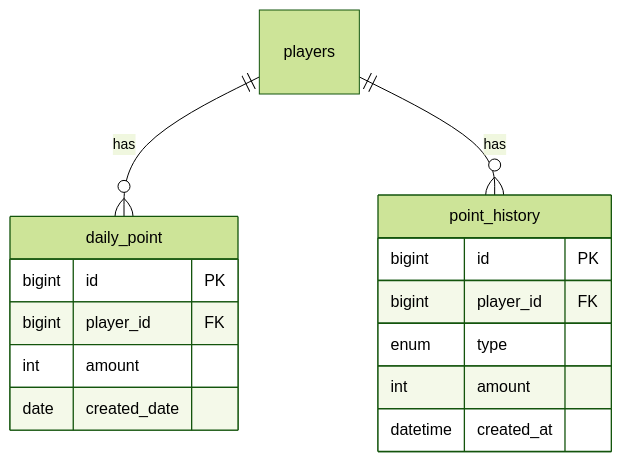
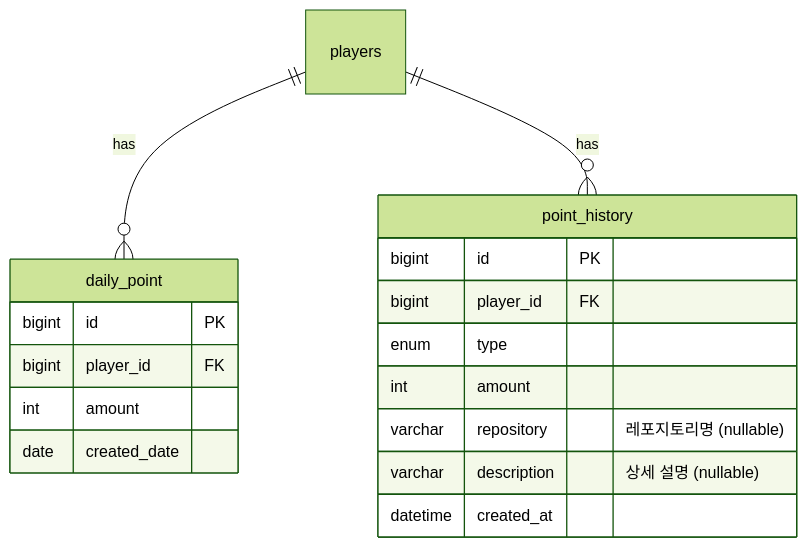
Before and after one commit to boostcampwm2025/web19-estrogenquattro: the fourth of 4 diagrams in docs/features/POINT_SYSTEM.md, drawn with Mermaid (forest theme). The commit also changed other lines of this file and 21 other files, not shown here.

First line of the commit message:
refactor: GitHub 폴링 시스템 GraphQL → REST API 전환 (#255)

````diff
--- a/docs/features/POINT_SYSTEM.md
+++ b/docs/features/POINT_SYSTEM.md
@@ -257,20 +270,22 @@
 ```mermaid
 erDiagram
     players ||--o{ daily_point : has
     players ||--o{ point_history : has
 
     daily_point {
         bigint id PK
         bigint player_id FK
         int amount
         date created_date
     }
 
     point_history {
         bigint id PK
         bigint player_id FK
         enum type
         int amount
+        varchar repository "레포지토리명 (nullable)"
+        varchar description "상세 설명 (nullable)"
         datetime created_at
     }
 ```
````
